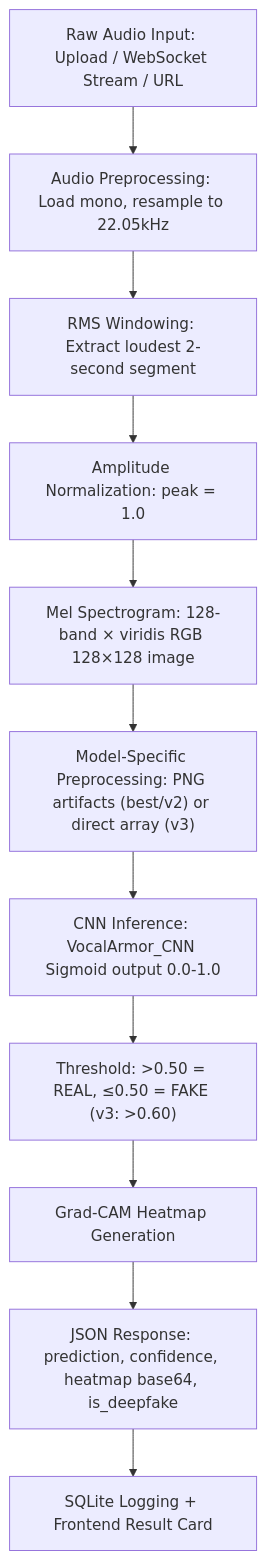
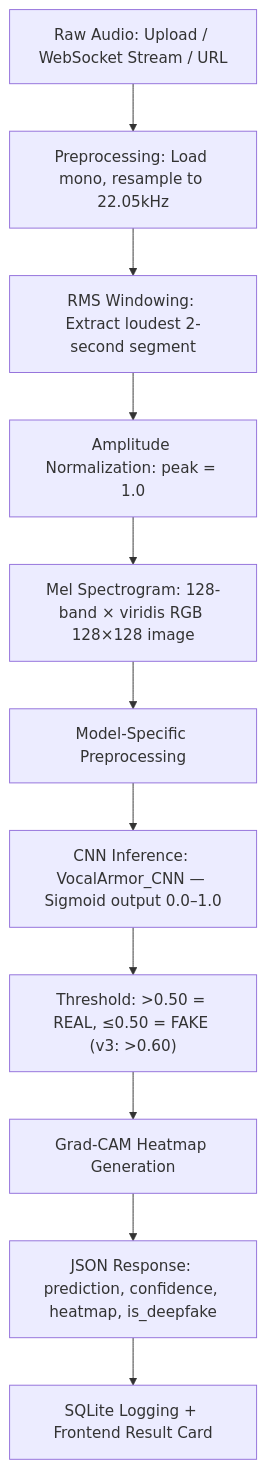
Before and after one commit to Surabhi0055/vocal-armor: the diagram in README.md, drawn with Mermaid. The commit also changed other lines of this file, not shown here.

````diff
--- a/README.md
+++ b/README.md
@@ -111,13 +99,13 @@
 ```mermaid
 graph TD
-    A["Raw Audio Input: Upload / WebSocket Stream / URL"] --> B["Audio Preprocessing: Load mono, resample to 22.05kHz"]
+    A["Raw Audio: Upload / WebSocket Stream / URL"] --> B["Preprocessing: Load mono, resample to 22.05kHz"]
     B --> C["RMS Windowing: Extract loudest 2-second segment"]
     C --> D["Amplitude Normalization: peak = 1.0"]
     D --> E["Mel Spectrogram: 128-band × viridis RGB 128×128 image"]
-    E --> F["Model-Specific Preprocessing: PNG artifacts (best/v2) or direct array (v3)"]
-    F --> G["CNN Inference: VocalArmor_CNN Sigmoid output 0.0-1.0"]
+    E --> F["Model-Specific Preprocessing"]
+    F --> G["CNN Inference: VocalArmor_CNN — Sigmoid output 0.0–1.0"]
     G --> H["Threshold: >0.50 = REAL, ≤0.50 = FAKE (v3: >0.60)"]
     H --> I["Grad-CAM Heatmap Generation"]
-    I --> J["JSON Response: prediction, confidence, heatmap base64, is_deepfake"]
+    I --> J["JSON Response: prediction, confidence, heatmap, is_deepfake"]
     J --> K["SQLite Logging + Frontend Result Card"]
 ```
````
